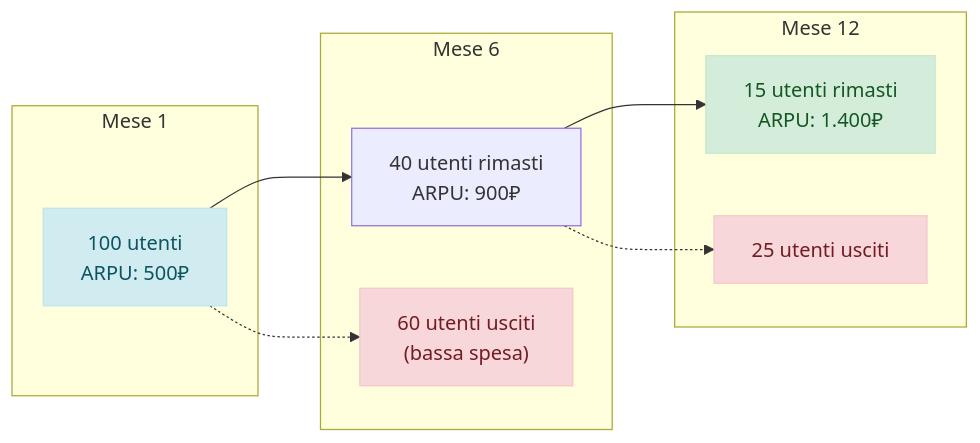
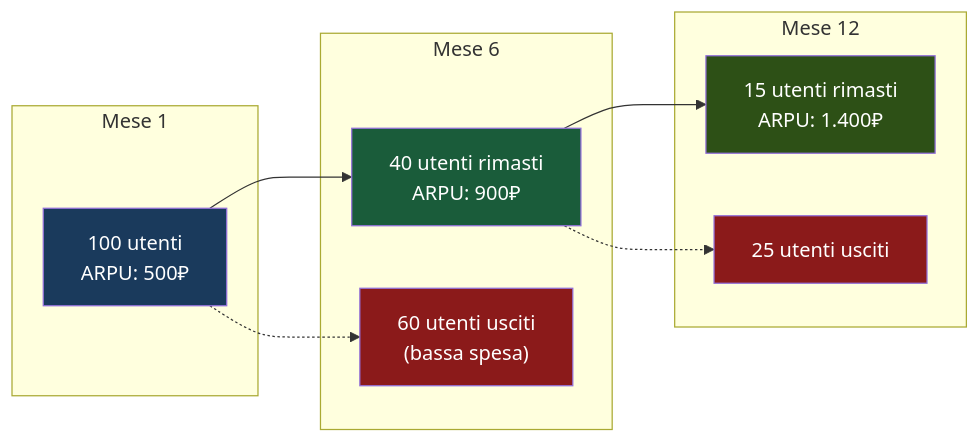
Before and after one commit to AndreyBertasini/gynnitech: diagram 11 of 12 in src/content/corso/analisi-prodotto/analisi-coorte.mdx, drawn with Mermaid. The commit also changed other lines of this file and 21 other files, not shown here.

First line of the commit message:
style: applica color scheme semantico a tutti i diagrammi Mermaid del corso

````diff
--- a/src/content/corso/analisi-prodotto/analisi-coorte.mdx
+++ b/src/content/corso/analisi-prodotto/analisi-coorte.mdx
@@ -364,22 +380,23 @@
 ```mermaid
 graph LR
     subgraph "Mese 1"
         M1["100 utenti<br/>ARPU: 500₽"]
     end
     subgraph "Mese 6"
         M6["40 utenti rimasti<br/>ARPU: 900₽"]
         M6X["60 utenti usciti<br/>(bassa spesa)"]
     end
     subgraph "Mese 12"
         M12["15 utenti rimasti<br/>ARPU: 1.400₽"]
         M12X["25 utenti usciti"]
     end
     M1 --> M6
     M1 -.-> M6X
     M6 --> M12
     M6 -.-> M12X
-    style M6X fill:#f8d7da,stroke:#f5c6cb,color:#721c24
-    style M12X fill:#f8d7da,stroke:#f5c6cb,color:#721c24
-    style M1 fill:#d1ecf1,stroke:#bee5eb,color:#0c5460
-    style M12 fill:#d4edda,stroke:#c3e6cb,color:#155724
+    style M1 fill:#1a3a5c,color:#ffffff
+    style M6 fill:#1a5c3a,color:#ffffff
+    style M6X fill:#8b1a1a,color:#ffffff
+    style M12 fill:#2d5016,color:#ffffff
+    style M12X fill:#8b1a1a,color:#ffffff
 ```
````
